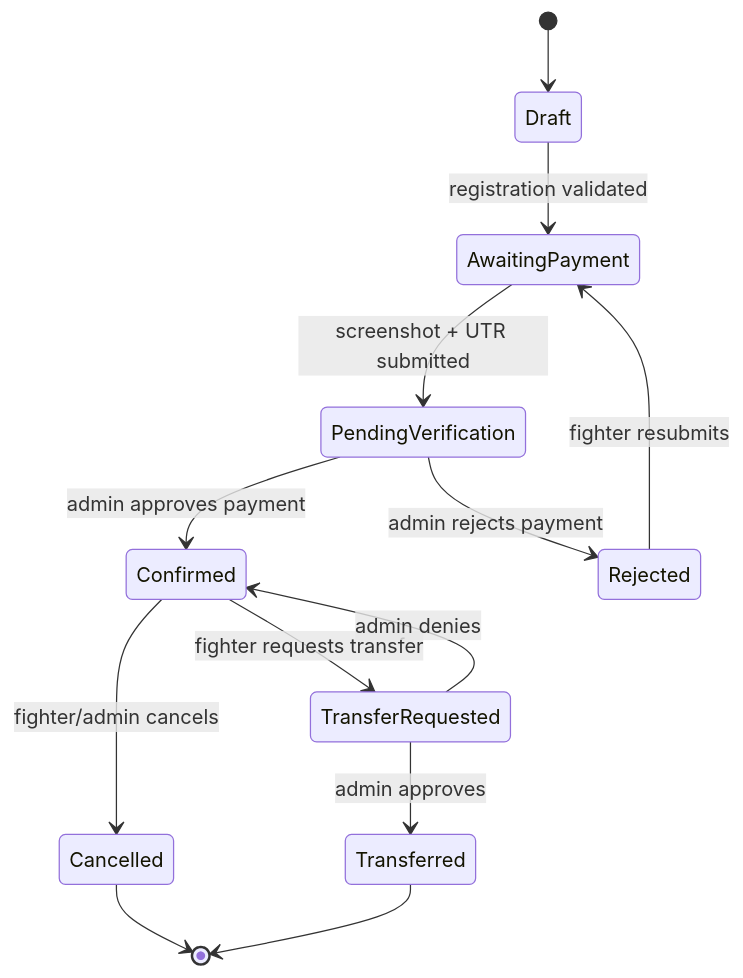
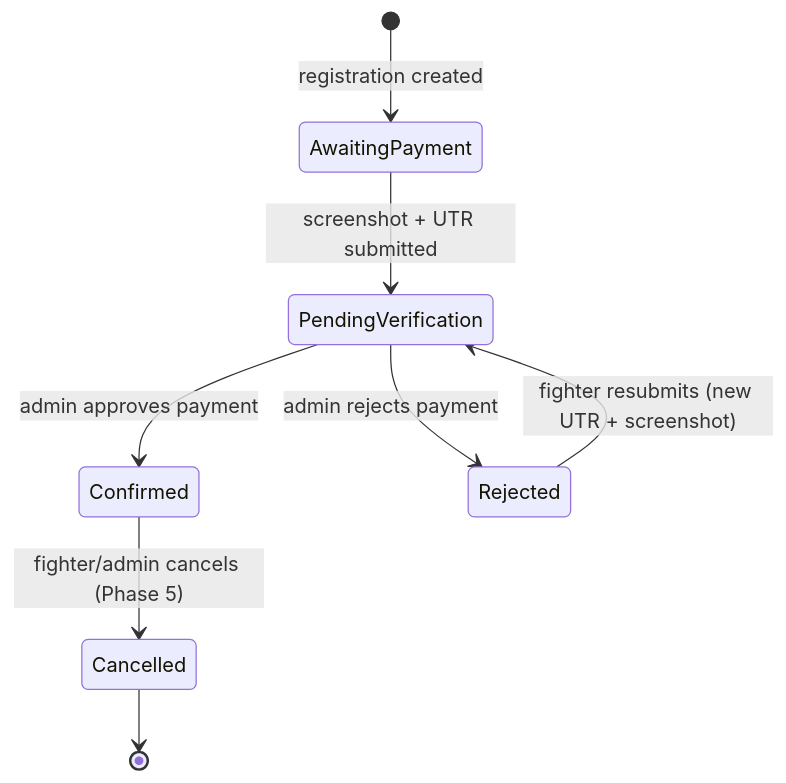
Before and after one commit to dimensitylab-developers/upnroll: the fourth of 5 diagrams in docs/architecture/system-overview.md, drawn with Mermaid. The commit also changed other lines of this file and 33 other files, not shown here.

````diff
--- a/docs/architecture/system-overview.md
+++ b/docs/architecture/system-overview.md
@@ -87,15 +89,10 @@
 ```mermaid
 stateDiagram-v2
-    [*] --> Draft
-    Draft --> AwaitingPayment: registration validated
+    [*] --> AwaitingPayment: registration created
     AwaitingPayment --> PendingVerification: screenshot + UTR submitted
     PendingVerification --> Confirmed: admin approves payment
     PendingVerification --> Rejected: admin rejects payment
-    Rejected --> AwaitingPayment: fighter resubmits
-    Confirmed --> TransferRequested: fighter requests transfer
-    Confirmed --> Cancelled: fighter/admin cancels
-    TransferRequested --> Transferred: admin approves
-    TransferRequested --> Confirmed: admin denies
+    Rejected --> PendingVerification: fighter resubmits (new UTR + screenshot)
+    Confirmed --> Cancelled: fighter/admin cancels (Phase 5)
     Cancelled --> [*]
-    Transferred --> [*]
 ```
````
